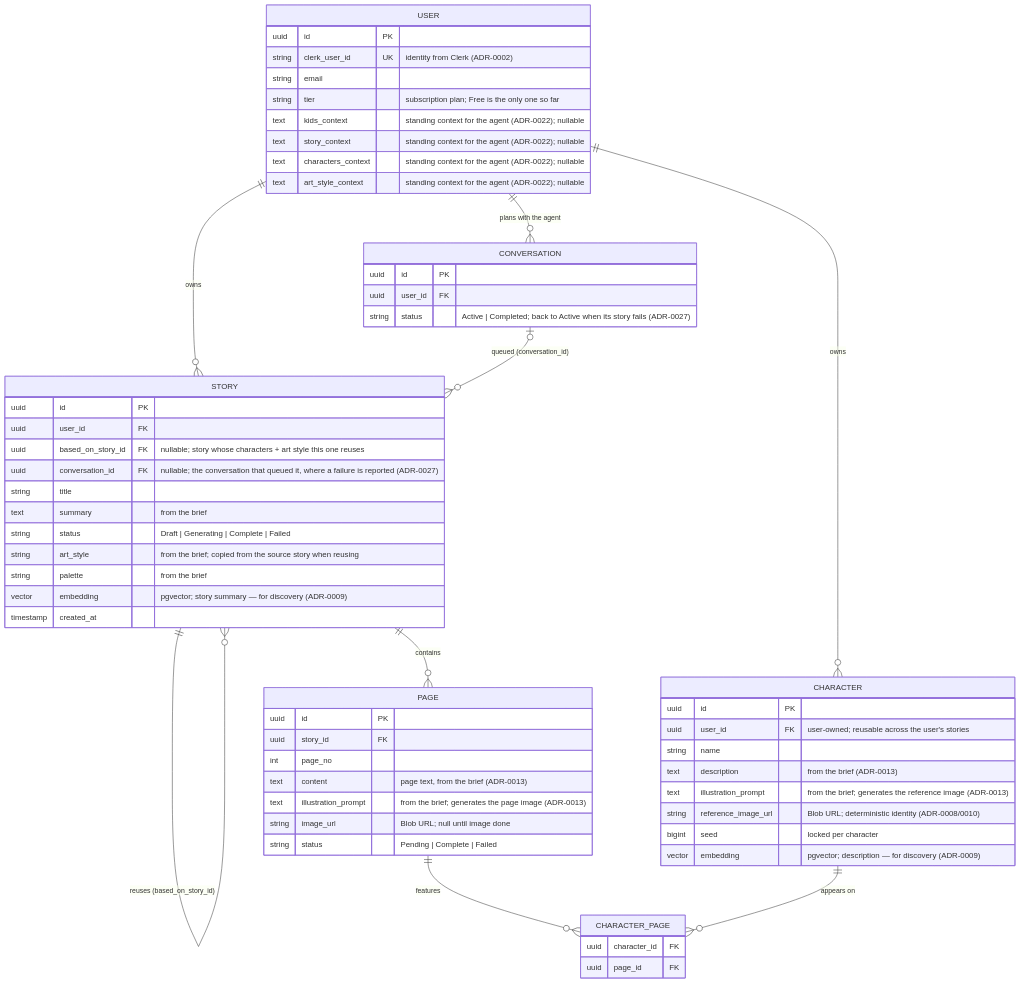
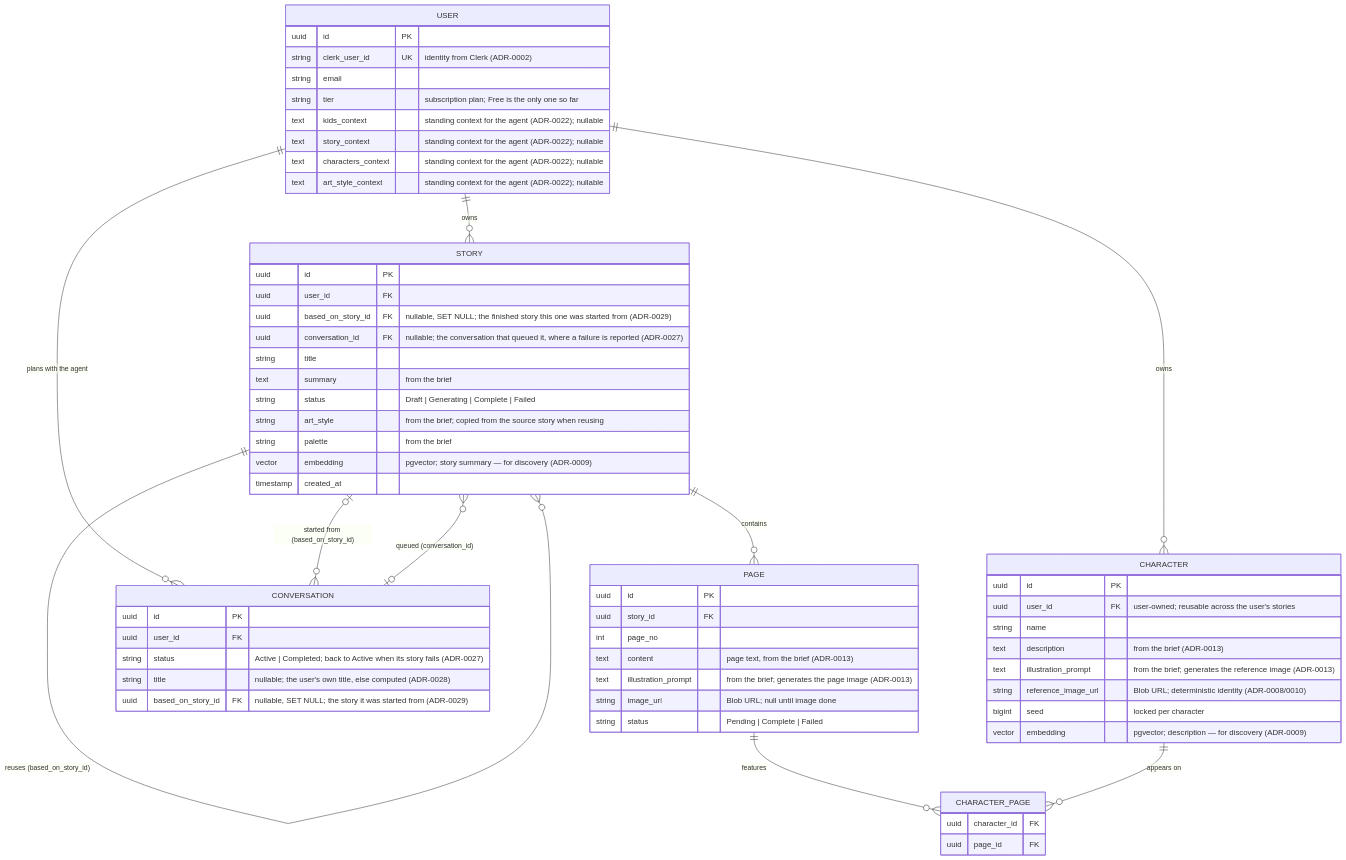
The diagram in docs/diagrams/er-diagram.md (Luega/story_walker), drawn with Mermaid before and after one commit. The commit also changed 3 other files, not shown here.

First line of the commit message:
DOCS: - document stories based on a previous one in ADR-0019, the READMEs and the ER diagram.

````diff
--- a/docs/diagrams/er-diagram.md
+++ b/docs/diagrams/er-diagram.md
@@ -12,68 +12,71 @@
 ```mermaid
 erDiagram
     USER      ||--o{ STORY : owns
     USER      ||--o{ CHARACTER : owns
     USER      ||--o{ CONVERSATION : "plans with the agent"
     CONVERSATION |o--o{ STORY : "queued (conversation_id)"
+    STORY     |o--o{ CONVERSATION : "started from (based_on_story_id)"
     STORY     ||--o{ STORY : "reuses (based_on_story_id)"
     STORY     ||--o{ PAGE : contains
     PAGE      ||--o{ CHARACTER_PAGE : features
     CHARACTER ||--o{ CHARACTER_PAGE : "appears on"
 
     USER {
         uuid id PK
         string clerk_user_id UK "identity from Clerk (ADR-0002)"
         string email
         string tier "subscription plan; Free is the only one so far"
         text kids_context "standing context for the agent (ADR-0022); nullable"
         text story_context "standing context for the agent (ADR-0022); nullable"
         text characters_context "standing context for the agent (ADR-0022); nullable"
         text art_style_context "standing context for the agent (ADR-0022); nullable"
     }
 
     STORY {
         uuid id PK
         uuid user_id FK
-        uuid based_on_story_id FK "nullable; story whose characters + art style this one reuses"
+        uuid based_on_story_id FK "nullable, SET NULL; the finished story this one was started from (ADR-0029)"
         uuid conversation_id FK "nullable; the conversation that queued it, where a failure is reported (ADR-0027)"
         string title
         text summary "from the brief"
         string status "Draft | Generating | Complete | Failed"
         string art_style "from the brief; copied from the source story when reusing"
         string palette "from the brief"
         vector embedding "pgvector; story summary — for discovery (ADR-0009)"
         timestamp created_at
     }
 
     CONVERSATION {
         uuid id PK
         uuid user_id FK
         string status "Active | Completed; back to Active when its story fails (ADR-0027)"
+        string title "nullable; the user's own title, else computed (ADR-0028)"
+        uuid based_on_story_id FK "nullable, SET NULL; the story it was started from (ADR-0029)"
     }
 
     CHARACTER {
         uuid id PK
         uuid user_id FK "user-owned; reusable across the user's stories"
         string name
         text description "from the brief (ADR-0013)"
         text illustration_prompt "from the brief; generates the reference image (ADR-0013)"
         string reference_image_url "Blob URL; deterministic identity (ADR-0008/0010)"
         bigint seed "locked per character"
         vector embedding "pgvector; description — for discovery (ADR-0009)"
     }
 
     PAGE {
         uuid id PK
         uuid story_id FK
         int page_no
         text content "page text, from the brief (ADR-0013)"
         text illustration_prompt "from the brief; generates the page image (ADR-0013)"
         string image_url "Blob URL; null until image done"
         string status "Pending | Complete | Failed"
     }
 
     CHARACTER_PAGE {
         uuid character_id FK
         uuid page_id FK
     }
 ```
````
